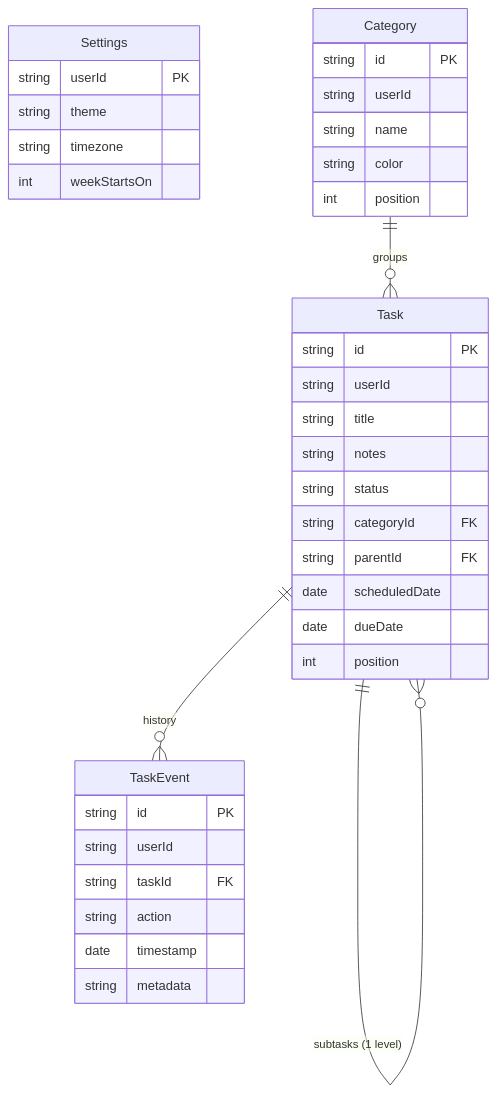
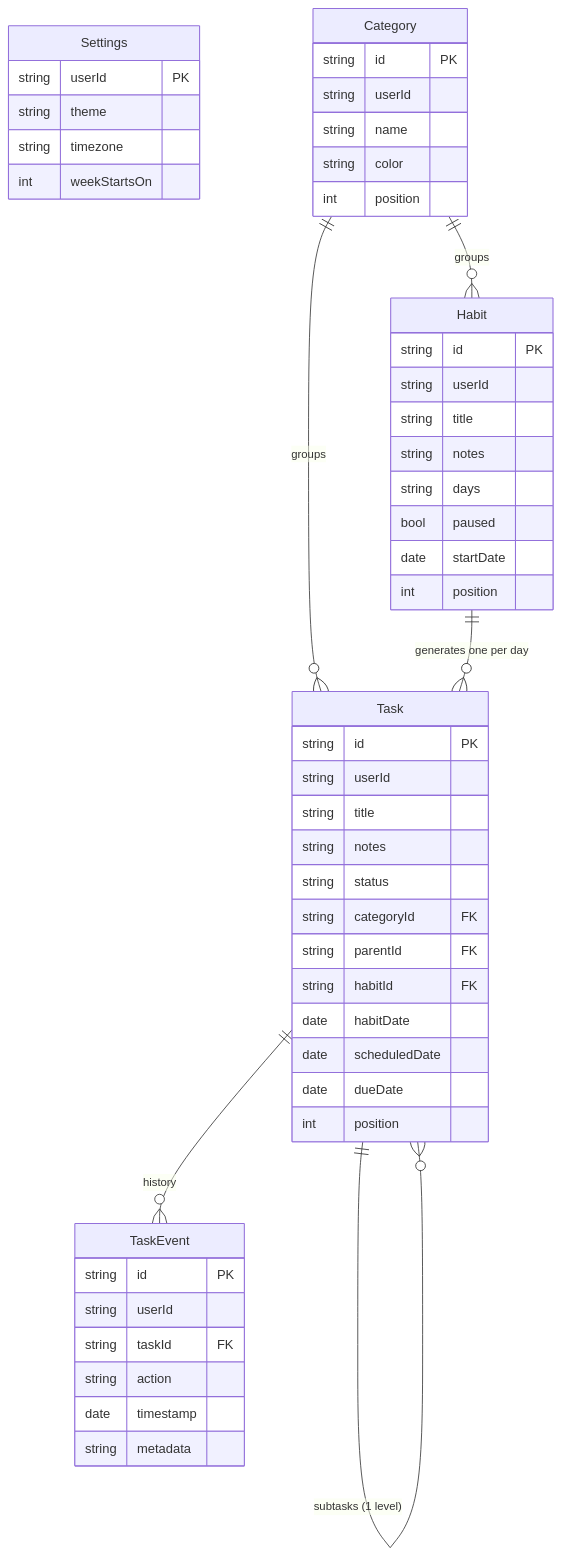
Before and after one commit to mahmoud-ath/Kairos: the second of 2 diagrams in docs/project-context.md, drawn with Mermaid. The commit also changed other lines of this file, not shown here.

Commit message:
docs: document habit tracking architecture, quarantine rules, and v3 backup

````diff
--- a/docs/project-context.md
+++ b/docs/project-context.md
@@ -138,39 +140,53 @@
 ```mermaid
 erDiagram
   Settings {
     string userId PK
     string theme
     string timezone
     int    weekStartsOn
   }
   Category {
     string id PK
     string userId
     string name
     string color
     int    position
   }
   Task {
     string id PK
     string userId
     string title
     string notes
     string status
     string categoryId FK
     string parentId FK
+    string habitId FK
+    date   habitDate
     date   scheduledDate
     date   dueDate
+    int    position
+  }
+  Habit {
+    string id PK
+    string userId
+    string title
+    string notes
+    string days
+    bool   paused
+    date   startDate
     int    position
   }
   TaskEvent {
     string id PK
     string userId
     string taskId FK
     string action
     date   timestamp
     string metadata
   }
   Category ||--o{ Task : "groups"
+  Category ||--o{ Habit : "groups"
+  Habit    ||--o{ Task : "generates one per day"
   Task     ||--o{ Task : "subtasks (1 level)"
   Task     ||--o{ TaskEvent : "history"
 ```
````
